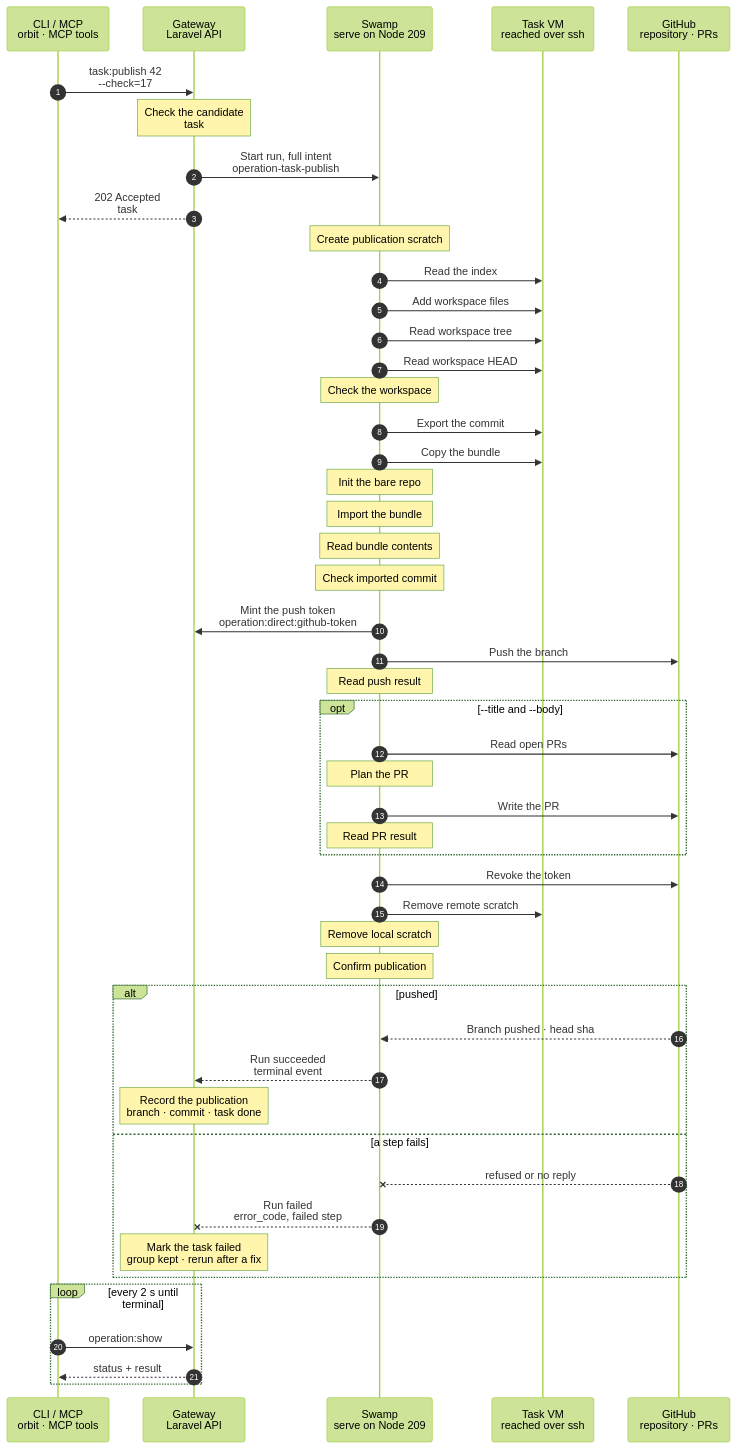
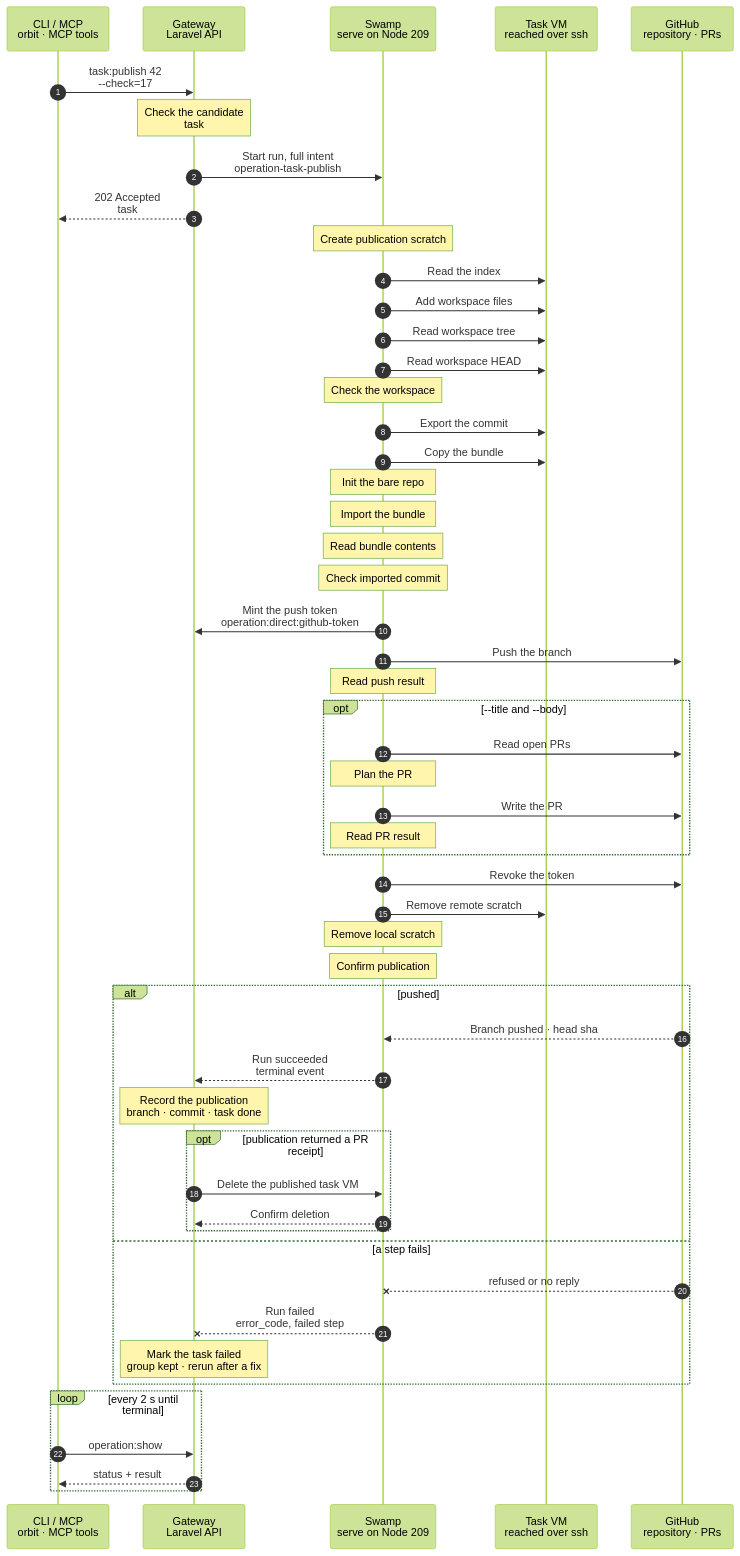
One commit to hardimpactdev/orbit changed the diagram in docs/cli/task/publish.mmd. Above: the diagram before and after it, drawn with Mermaid (forest theme). The commit also changed 3 other files, not shown here.

```diff
--- a/docs/cli/task/publish.mmd
+++ b/docs/cli/task/publish.mmd
@@ -1,156 +1,162 @@
 sequenceDiagram
   %% Target design: ADR 0244 task, R2-R4, swamp-tasks-model. Nick 2026-11-06: a task VM never holds a GitHub credential; the push step mints its token when it runs, not at admission (an installation token lives one hour). docs/reference/tasks.md#publish-an-external-group.
   %% Tightened: flow-tighten 2026-11-02, rule 16 (no tip read: a push without force refuses a divergent tip and pushes nothing for an identical one); rule 22 (no shipped scripts: task VM work is `@swamp/ssh exec` argv, 209 work is inline `git` and `gh api`; one workspace check, since import checks the bundled commit and tree).
   %% status: migrated
   %% command: task:publish
   %% kind: tasks.publish
   autonumber
   %% lane CLI icon=terminal pill=caller tone=gray
   %% lane GW icon=gateway pill=intent tone=blue
   %% lane SW icon=workflow pill=executes tone=green
   %% lane N icon=server pill=target tone=amber
   %% lane GH icon=server pill=target tone=purple
   participant CLI as CLI / MCP<br/>orbit · MCP tools
   participant GW as Gateway<br/>Laravel API
   participant SW as Swamp<br/>serve on Node 209
   participant N as Task VM<br/>reached over ssh
   participant GH as GitHub<br/>repository · PRs
   CLI->>GW: task:publish 42<br/>--check=17
   %%> Command:
   %%> - `orbit task:publish 42 --check=17`
   %%> - syntax: `[task] --check=ID [--title=TEXT --body=TEXT [--draft]] [--idempotency-key=KEY] [--json]`
   %%> Input:
   %%> - the task group, and the passed handoff check whose commit is published
   %%> - optionally a title and body together, to open or update the pull request; without them it only pushes
   Note over GW: Check the candidate<br/>task #5165 · record the key names
   %%> Requirements:
   %%> - your Node has an access grant to the Gateway
   %%> - group 42 is an open external group with its own task VM workspace
   %%> - the task VM runs; a parked VM is woken by the admission, which records its resume, creates no Operation of this kind and answers `tasks.vm_resuming`; repeat the call once the VM runs
   %%> - check 17 passed for group 42, and required hosted CI passed on its commit, else `tasks.commit_not_checked`
   %%> - no other task runs on group 42; the Gateway holds one lock per group
   %%> What it does:
   %%> - captures the repository, default branch, commit, checked tree and the task VM's SSH target
   %%> - names two `task-publish-token-<uuid>` vault keys for the token and the Git authorization header; it mints and writes no value at admission
   %%> Result:
   %%> - task #5165 recorded with the full intent
   GW->>SW: Start run, full intent<br/>operation-task-publish
   %%> What it does:
   %%> - starts one Swamp run on serve (Node 209)
   %%> Inputs:
   %%> - the commit, tree, branch `task-42`, default branch and the optional title and body
   %%> - the vault key names of the token and Git authorization header, never their values; no token exists yet
   GW-->>CLI: 202 Accepted<br/>task #5165
   %%> What you get:
   %%> - the task number, at once
   %%> Next:
   %%> - the CLI follows the task with `operation:show`
   Note over SW: Create publication scratch
   %%> How:
   %%> - a private worker directory holds the bundle, bare repository and bounded CLI replies
   SW->>N: Read the index
   %%> How:
   %%> - one bounded native Git command, with an isolated alternate index on the task VM
   SW->>N: Add workspace files
   %%> How:
   %%> - one bounded native Git command, with an isolated alternate index on the task VM
   SW->>N: Read workspace tree
   %%> How:
   %%> - one bounded native Git command, with an isolated alternate index on the task VM
   SW->>N: Read workspace HEAD
   %%> How:
   %%> - one bounded native Git command, with an isolated alternate index on the task VM
   Note over SW: Check the workspace
   %%> How:
   %%> - typed data compares HEAD and the complete tree to the admitted candidate; a mismatch refuses before export
   SW->>N: Export the commit
   %%> How:
   %%> - one bounded native command on the worker; no shipped script
   SW->>N: Copy the bundle
   %%> How:
   %%> - official SSH copy reads the bundle onto the worker; no code is copied to the task VM
   Note over SW: Init the bare repo
   %%> How:
   %%> - one bounded native command on the worker; no shipped script
   Note over SW: Import the bundle
   %%> How:
   %%> - one bounded native command on the worker; no shipped script
   Note over SW: Read bundle contents
   %%> How:
   %%> - one bounded native command on the worker; no shipped script
   Note over SW: Check imported commit
   %%> How:
   %%> - typed data compares the imported commit and tree without a second workspace observation
   SW->>GW: Mint the push token<br/>operation:direct:github-token
   %%> How:
   %%> - one bounded `curl` step posts the run id to the Gateway when the push is next; the run id proves the caller
   %%> - the Gateway checks the Operation, the run and the repository, mints a token for that one repository with `contents: write`, `pull_requests: write` and `workflows: write`, and writes the two vault values; the reply holds the vault descriptors only
   %%> - a prep run passes its own run id to this step, so the token is minted minutes before the push, not when the prep run was admitted
   %%> - no step writes the token into the task VM; the VM receives no credential, in the bundle, the Git configuration or the environment
   SW->>GH: Push the branch
   %%> How:
   %%> - one bounded push without force; authorization is a vault-backed extra header in the environment
   Note over SW: Read push result
   %%> How:
   %%> - typed data reads private replies and preserves fast-forward and Workflows refusal codes
   opt --title and --body
     SW->>GH: Read open PRs
     %%> How:
     %%> - one bounded native command on the worker; no shipped script
     Note over SW: Plan the PR
     %%> How:
     %%> - typed data selects an open PR or creation and writes unchanged caller prose into a JSON input file
     %%> - with `--draft` the creation carries `draft: true`; an update of an open PR sends only title and body, so a PR keeps its state
     SW->>GH: Write the PR
     %%> How:
     %%> - one bounded native command on the worker; no shipped script
     Note over SW: Read PR result
     %%> How:
     %%> - typed data keeps only the PR number and URL
   end
   SW->>GH: Revoke the token
   %%> How:
   %%> - one bounded gh api call, only after a token was minted; a refused revoke is best effort and the token expires within an hour
   SW->>N: Remove remote scratch
   %%> How:
   %%> - one bounded SSH argv removes this run's index and bundle after failure too
   Note over SW: Remove local scratch
   %%> How:
   %%> - one bounded command removes the private worker directory and CLI configuration
   Note over SW: Confirm publication
   %%> How:
   %%> - the native assert requires the push, optional PR reply and worker cleanup to be complete
   alt pushed
     GH-->>SW: Branch pushed · head sha
     %%> Returns:
     %%> - the branch, commit, and the PR number and URL, or null PR fields for a push alone
     SW-->>GW: Run succeeded<br/>terminal event
     %%> How the Gateway learns it:
     %%> - its shared run reader sees the terminal event; Swamp never calls the Gateway
     Note over GW: Record the publication<br/>branch · commit · task done
     %%> Result:
-    %%> - group 42 watches PR #57 only with `--title` and `--body`; its board status and settle metrics stay as they are
+    %%> - a PR receipt makes the group watch its PR and release its VM; a branch-only push keeps its workspace
     %%> - task #5165 succeeds
+    opt publication returned a PR receipt
+      GW->>SW: Delete the published task VM
+      %%> The VM is marked releasing with the publication record. Its deletion removes the workspace, Node, keys and peer; the group holds no task place afterwards.
+      SW-->>GW: Confirm deletion
+      %%> A later fix turn, build or review round waits for a task place and starts from the base plus the published task branch.
+    end
   else a step fails
     GH--xSW: refused or no reply
     %%> When:
     %%> - the workspace moved, the tip diverged, the push or PR write was refused, or a reply was lost
     SW--xGW: Run failed<br/>error_code, failed step
     %%> The Gateway reads:
     %%> - which step failed and its error code, such as `tasks.push_failed`
     Note over GW: Mark the task failed<br/>group kept · rerun after a fix
     %%> Result:
     %%> - task #5165 fails; group 42 and its workspace stay as they are
     %%> On GitHub:
     %%> - a push or PR that started stays; there is no rollback
     %%> Retry:
     %%> - run the same command again: a new task mints a new token at its own push step; an identical tip pushes nothing, and the PR is looked up again before any write
   end
   loop every 2 s until terminal
     CLI->>GW: operation:show #5165
     %%> What it does:
     %%> - asks for the task's status every 2 seconds until it has ended
     GW-->>CLI: status + result
     %%> Returns:
     %%> - the current status, and the result once the task has ended
   end
```
